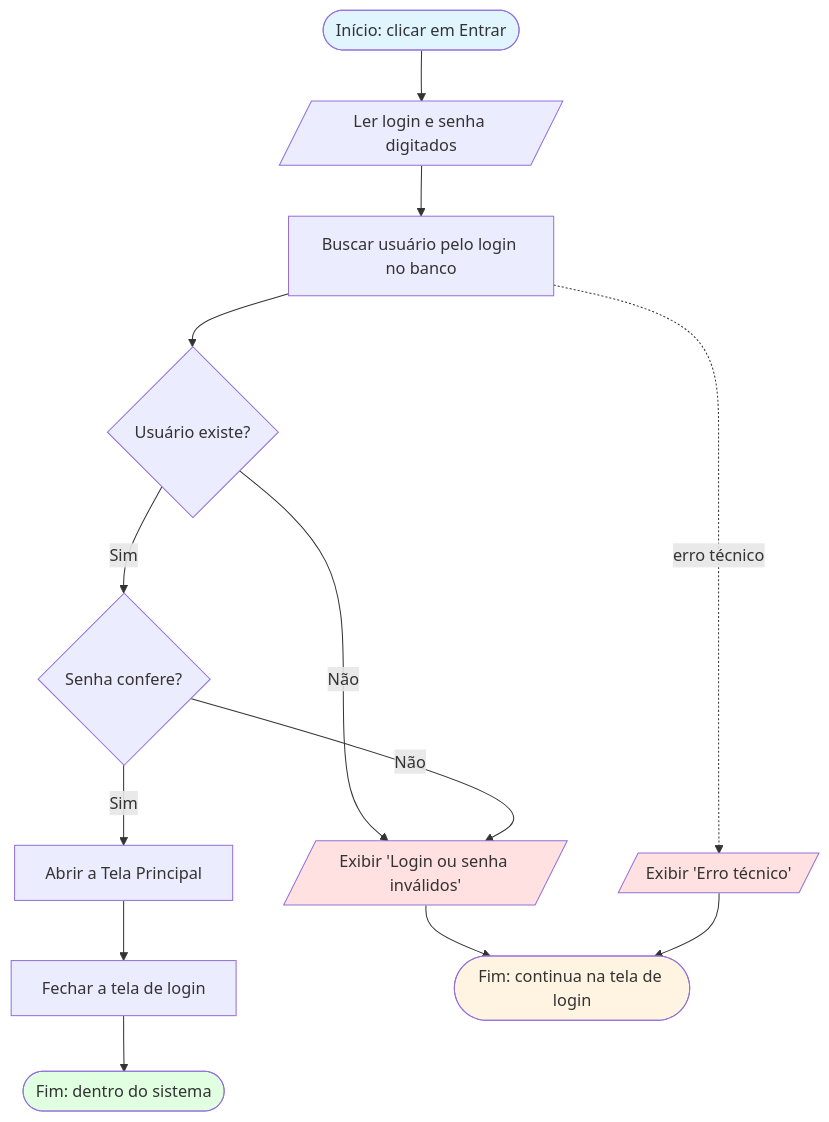
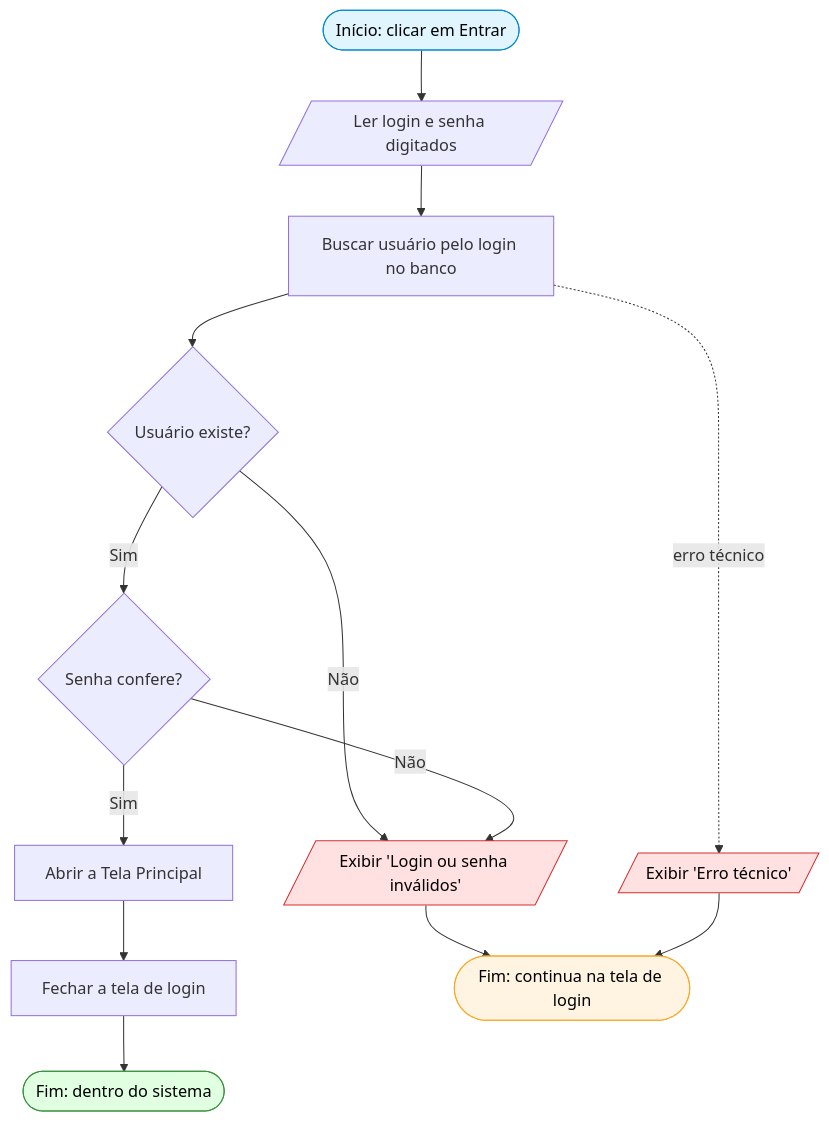
The diagram in design/fluxograma-autenticacao.md (nbzabeu-coder/A3_GestaoProjetos), drawn with Mermaid before and after one commit.

Commit message:
Melhora legibilidade do fluxograma (fonte preta + borda nos nós estilizados)
Os nós Início/Exibir/Fim tinham fundo claro com fonte na cor padrão (clara),
dificultando a leitura. Adiciona color:#000000 e uma borda colorida em cada um.

````diff
--- a/design/fluxograma-autenticacao.md
+++ b/design/fluxograma-autenticacao.md
@@ -45,22 +45,22 @@
 ```mermaid
 flowchart TD
     A([Início: clicar em Entrar]) --> B[/Ler login e senha digitados/]
     B --> C[Buscar usuário pelo login no banco]
     C --> D{Usuário existe?}
     D -- Não --> E[/Exibir 'Login ou senha inválidos'/]
     D -- Sim --> F{Senha confere?}
     F -- Não --> E
     F -- Sim --> G[Abrir a Tela Principal]
     G --> H[Fechar a tela de login]
     H --> Z([Fim: dentro do sistema])
     E --> Y([Fim: continua na tela de login])
 
     C -. erro técnico .-> X[/Exibir 'Erro técnico'/]
     X --> Y
 
-    style A fill:#e1f5ff
-    style Z fill:#e1ffe1
-    style Y fill:#fff4e1
-    style E fill:#ffe1e1
-    style X fill:#ffe1e1
+    style A fill:#e1f5ff,color:#000000,stroke:#0288d1
+    style Z fill:#e1ffe1,color:#000000,stroke:#388e3c
+    style Y fill:#fff4e1,color:#000000,stroke:#f9a825
+    style E fill:#ffe1e1,color:#000000,stroke:#d32f2f
+    style X fill:#ffe1e1,color:#000000,stroke:#d32f2f
 ```
````
